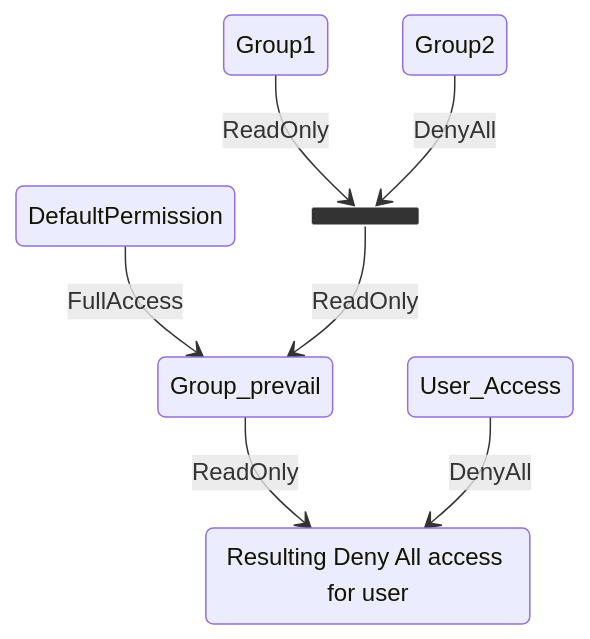
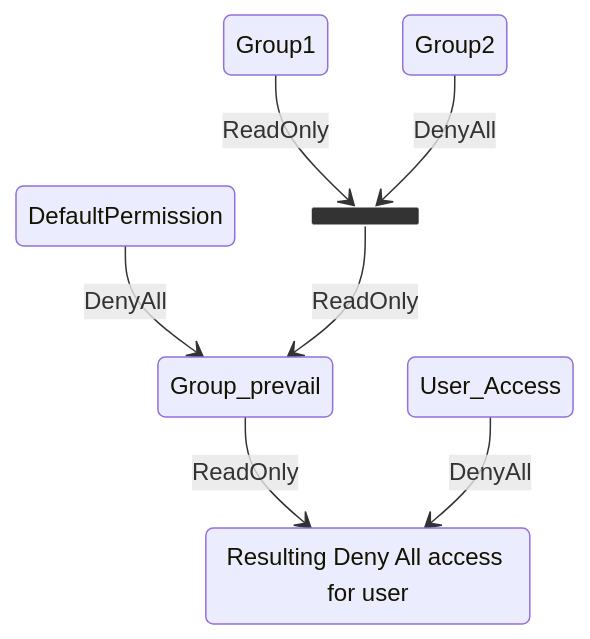
The first of 5 diagrams in docs/operations/access_control/index.md (theguly/iris-doc-src), drawn with Mermaid before and after one commit. The commit also changed other lines of this file and 18 other files, not shown here.

````diff
--- a/docs/operations/access_control/index.md
+++ b/docs/operations/access_control/index.md
@@ -32,13 +35,13 @@
 ``` mermaid
 stateDiagram-v2
-    DefaultPermission --> Group_prevail: FullAccess
+    DefaultPermission --> Group_prevail: DenyAll
 
     state join_groups <<join>>
     Group1 --> join_groups: ReadOnly
     Group2 --> join_groups: DenyAll
     join_groups --> Group_prevail: ReadOnly
     Group_prevail --> Effective_DenyAll: ReadOnly 
     
     Effective_DenyAll: Resulting Deny All access for user
     User_Access --> Effective_DenyAll: DenyAll
 ```
````
